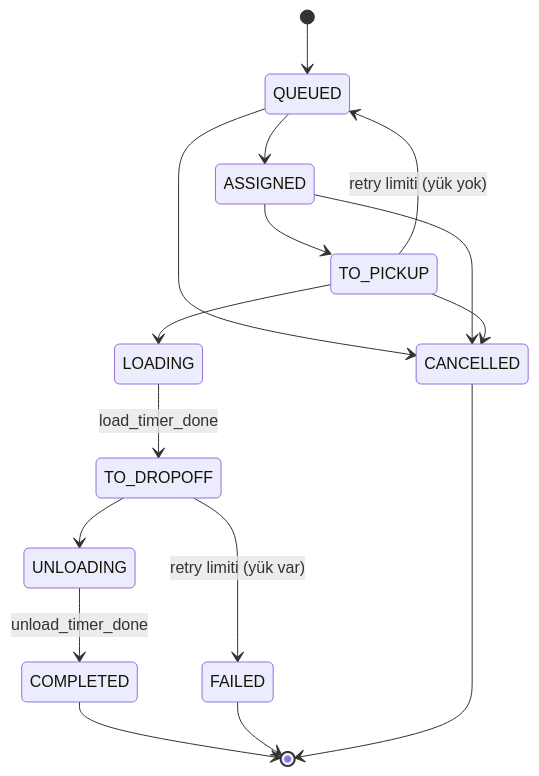
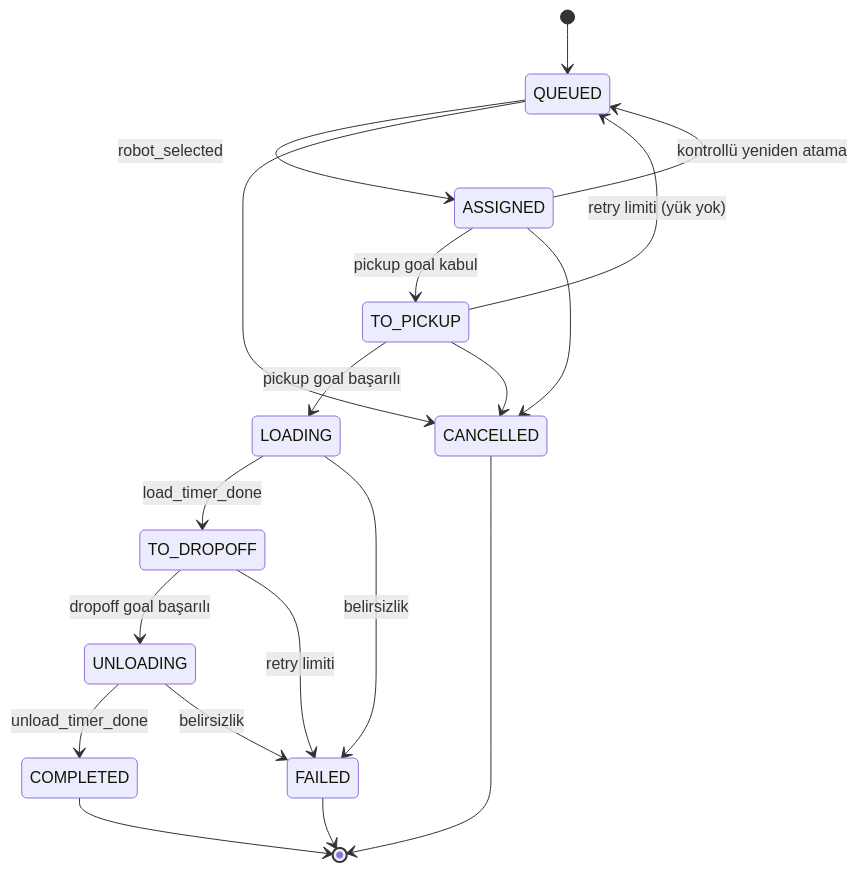
The second of 3 diagrams in README.md (m-gnr/ros2-fleet-manager), drawn with Mermaid before and after one commit. The commit also changed other lines of this file and 6 other files, not shown here.

````diff
--- a/README.md
+++ b/README.md
@@ -170,18 +406,21 @@
 ```mermaid
 stateDiagram-v2
     [*] --> QUEUED
-    QUEUED --> ASSIGNED
-    ASSIGNED --> TO_PICKUP
-    TO_PICKUP --> LOADING
+    QUEUED --> ASSIGNED: robot_selected
+    ASSIGNED --> TO_PICKUP: pickup goal kabul
+    TO_PICKUP --> LOADING: pickup goal başarılı
     LOADING --> TO_DROPOFF: load_timer_done
-    TO_DROPOFF --> UNLOADING
+    TO_DROPOFF --> UNLOADING: dropoff goal başarılı
     UNLOADING --> COMPLETED: unload_timer_done
+    ASSIGNED --> QUEUED: kontrollü yeniden atama
     TO_PICKUP --> QUEUED: retry limiti (yük yok)
-    TO_DROPOFF --> FAILED: retry limiti (yük var)
     QUEUED --> CANCELLED
     ASSIGNED --> CANCELLED
     TO_PICKUP --> CANCELLED
+    LOADING --> FAILED: belirsizlik
+    TO_DROPOFF --> FAILED: retry limiti
+    UNLOADING --> FAILED: belirsizlik
     COMPLETED --> [*]
     FAILED --> [*]
     CANCELLED --> [*]
 ```
````
